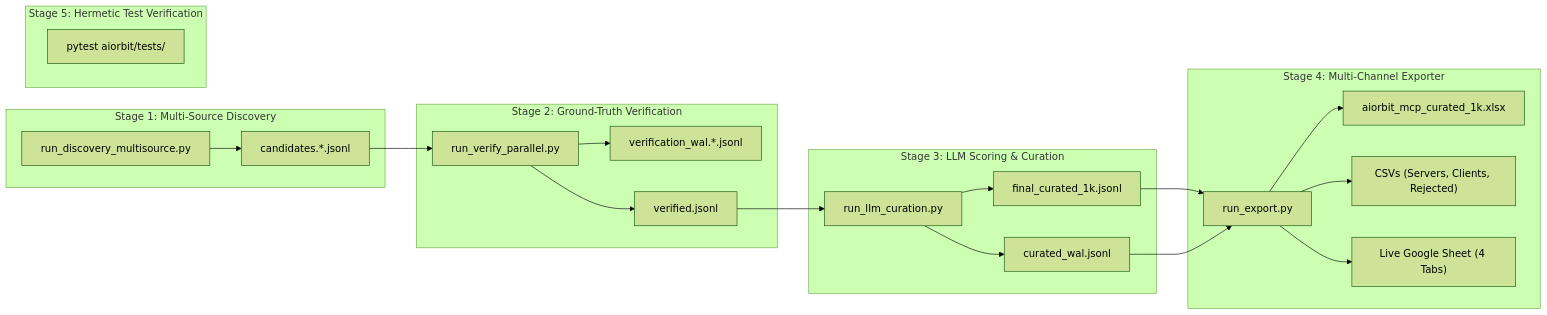
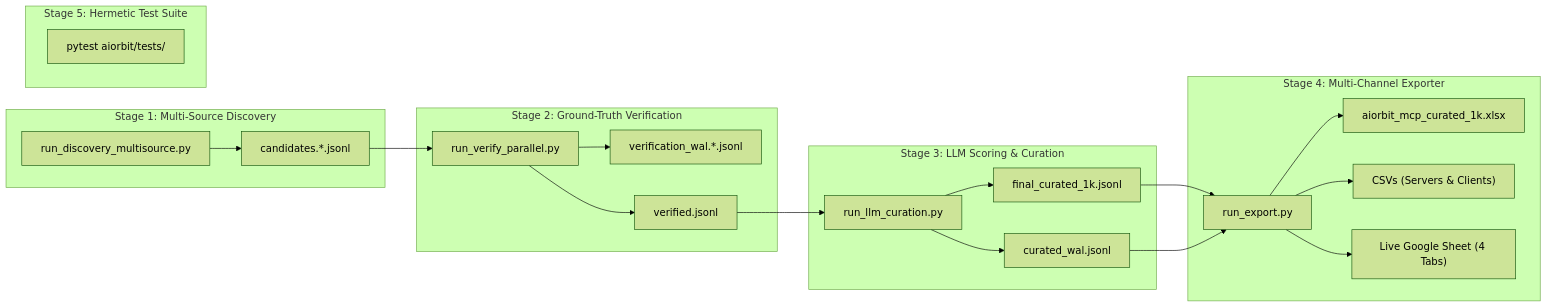
One commit to Vikrant038/FrontierAtlas-Pipeline changed the diagram in aiorbit/README.md. Above: the diagram before and after it, drawn with Mermaid (forest theme). The commit also changed other lines of this file, not shown here.

Commit message:
docs(aiorbit): polish README to focus on architecture, deliverables, rubric, and runbook

````diff
--- a/aiorbit/README.md
+++ b/aiorbit/README.md
@@ -141,30 +30,30 @@
 ```mermaid
 graph LR
     subgraph S1["Stage 1: Multi-Source Discovery"]
         D["run_discovery_multisource.py"] --> C["candidates.*.jsonl"]
     end
 
     subgraph S2["Stage 2: Ground-Truth Verification"]
         C --> V["run_verify_parallel.py"]
         V --> W["verification_wal.*.jsonl"]
         V --> VF["verified.jsonl"]
     end
 
     subgraph S3["Stage 3: LLM Scoring & Curation"]
         VF --> L["run_llm_curation.py"]
         L --> CW["curated_wal.jsonl"]
         L --> FC["final_curated_1k.jsonl"]
     end
 
     subgraph S4["Stage 4: Multi-Channel Exporter"]
         FC --> E["run_export.py"]
         CW --> E
         E --> XL["aiorbit_mcp_curated_1k.xlsx"]
-        E --> CS["CSVs (Servers, Clients, Rejected)"]
+        E --> CS["CSVs (Servers & Clients)"]
         E --> GS["Live Google Sheet (4 Tabs)"]
     end
 
-    subgraph S5["Stage 5: Hermetic Test Verification"]
+    subgraph S5["Stage 5: Hermetic Test Suite"]
         T["pytest aiorbit/tests/"]
     end
 ```
````
